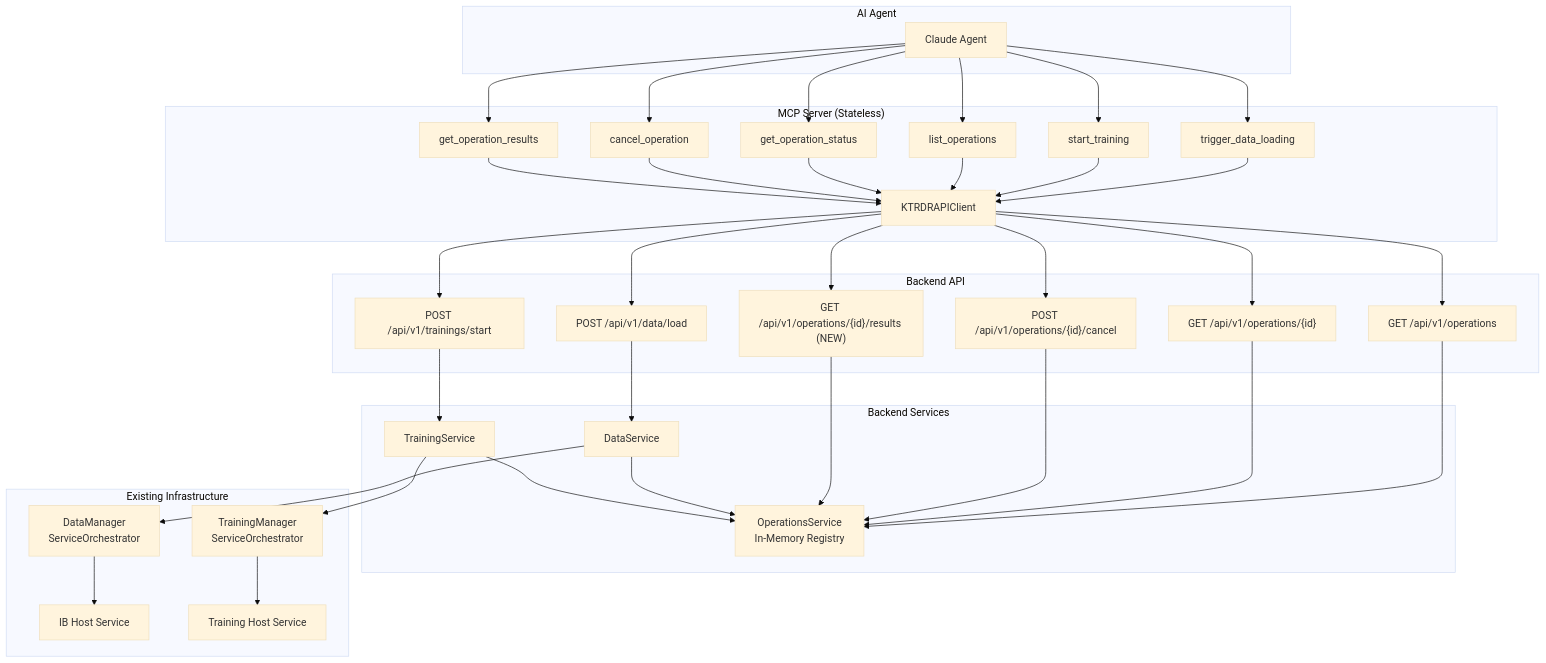
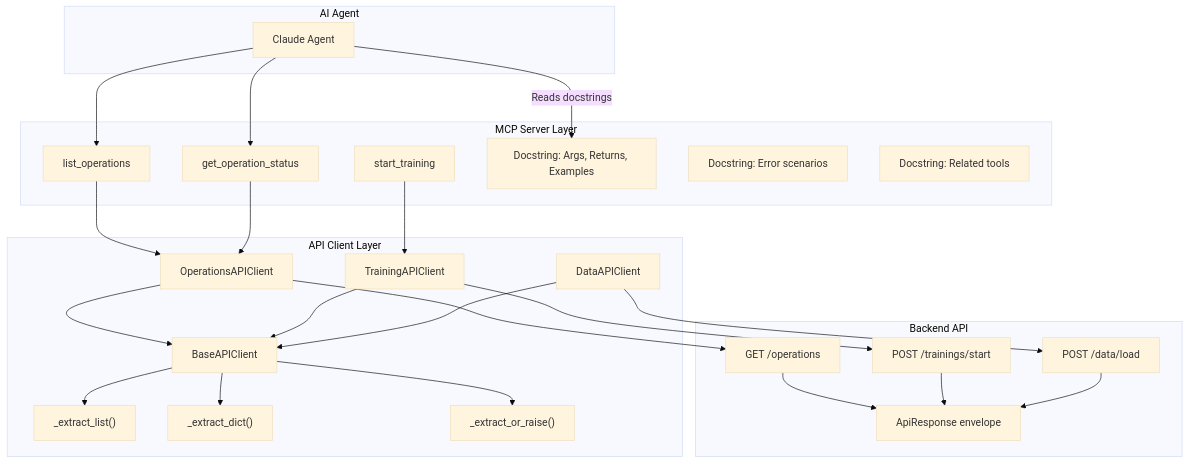
The first of 3 diagrams in docs/architecture/mcp/ARCHITECTURE.md (kpiteira/ktrdr), drawn with Mermaid (base theme) before and after one commit. The commit also changed other lines of this file and 5 other files, not shown here.

First line of the commit message:
refactor(docs): restructure MCP architecture documentation

````diff
--- a/docs/architecture/mcp/ARCHITECTURE.md
+++ b/docs/architecture/mcp/ARCHITECTURE.md
@@ -23,76 +23,60 @@
 ```mermaid
 graph TB
     subgraph "AI Agent"
         AGENT[Claude Agent]
     end
 
-    subgraph "MCP Server (Stateless)"
-        MT1[trigger_data_loading]
-        MT2[start_training]
-        MT3[list_operations]
-        MT4[get_operation_status]
-        MT5[cancel_operation]
-        MT6[get_operation_results]
+    subgraph "MCP Server Layer"
+        MT1[list_operations]
+        MT2[get_operation_status]
+        MT3[start_training]
 
-        AC[KTRDRAPIClient]
+        DS1["Docstring: Args, Returns, Examples"]
+        DS2["Docstring: Error scenarios"]
+        DS3["Docstring: Related tools"]
+    end
+
+    subgraph "API Client Layer"
+        DC[DataAPIClient]
+        TC[TrainingAPIClient]
+        OC[OperationsAPIClient]
+
+        BASE[BaseAPIClient]
+
+        EXTRACT["_extract_list()"]
+        EXTRACT2["_extract_dict()"]
+        EXTRACT3["_extract_or_raise()"]
     end
 
     subgraph "Backend API"
-        EP1["POST /api/v1/data/load"]
-        EP2["POST /api/v1/trainings/start"]
-        EP3["GET /api/v1/operations"]
-        EP4["GET /api/v1/operations/{id}"]
-        EP5["POST /api/v1/operations/{id}/cancel"]
-        EP6["GET /api/v1/operations/{id}/results (NEW)"]
+        EP1["POST /data/load"]
+        EP2["POST /trainings/start"]
+        EP3["GET /operations"]
+
+        ENV["ApiResponse envelope"]
     end
 
-    subgraph "Backend Services"
-        OS[OperationsService<br/>In-Memory Registry]
-        DS[DataService]
-        TS[TrainingService]
-    end
-
-    subgraph "Existing Infrastructure"
-        DM[DataManager<br/>ServiceOrchestrator]
-        TM[TrainingManager<br/>ServiceOrchestrator]
-
-        IHS[IB Host Service]
-        THS[Training Host Service]
-    end
-
+    AGENT -->|Reads docstrings| DS1
     AGENT --> MT1
     AGENT --> MT2
-    AGENT --> MT3
-    AGENT --> MT4
-    AGENT --> MT5
-    AGENT --> MT6
 
-    MT1 --> AC
-    MT2 --> AC
-    MT3 --> AC
-    MT4 --> AC
-    MT5 --> AC
-    MT6 --> AC
+    MT1 --> OC
+    MT2 --> OC
+    MT3 --> TC
 
-    AC --> EP1
-    AC --> EP2
-    AC --> EP3
-    AC --> EP4
-    AC --> EP5
-    AC --> EP6
+    OC --> BASE
+    TC --> BASE
+    DC --> BASE
 
-    EP1 --> DS
-    EP2 --> TS
-    EP3 --> OS
-    EP4 --> OS
-    EP5 --> OS
-    EP6 --> OS
+    BASE --> EXTRACT
+    BASE --> EXTRACT2
+    BASE --> EXTRACT3
 
-    DS --> OS
-    DS --> DM
-    TS --> OS
-    TS --> TM
+    OC --> EP3
+    TC --> EP2
+    DC --> EP1
 
-    DM --> IHS
-    TM --> THS
+    EP3 --> ENV
+    EP2 --> ENV
+    EP1 --> ENV
 ```
````
